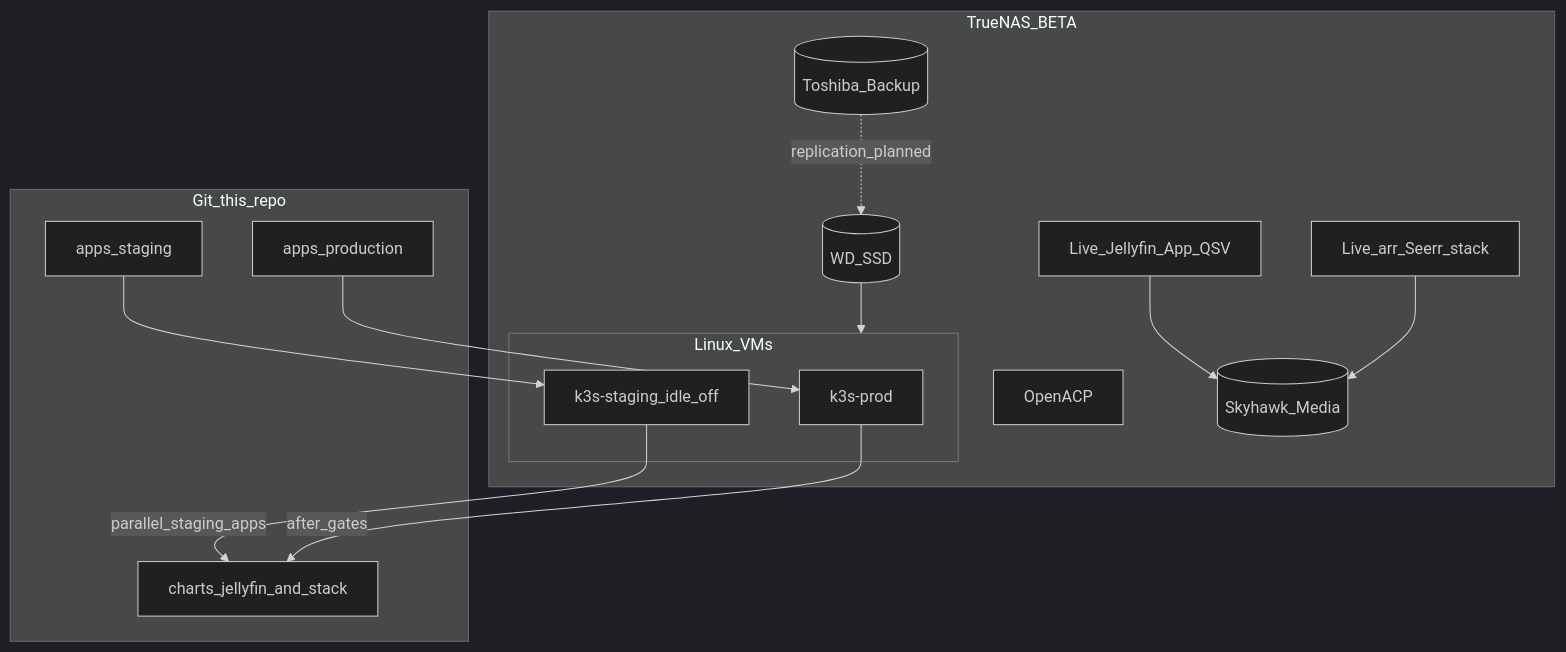
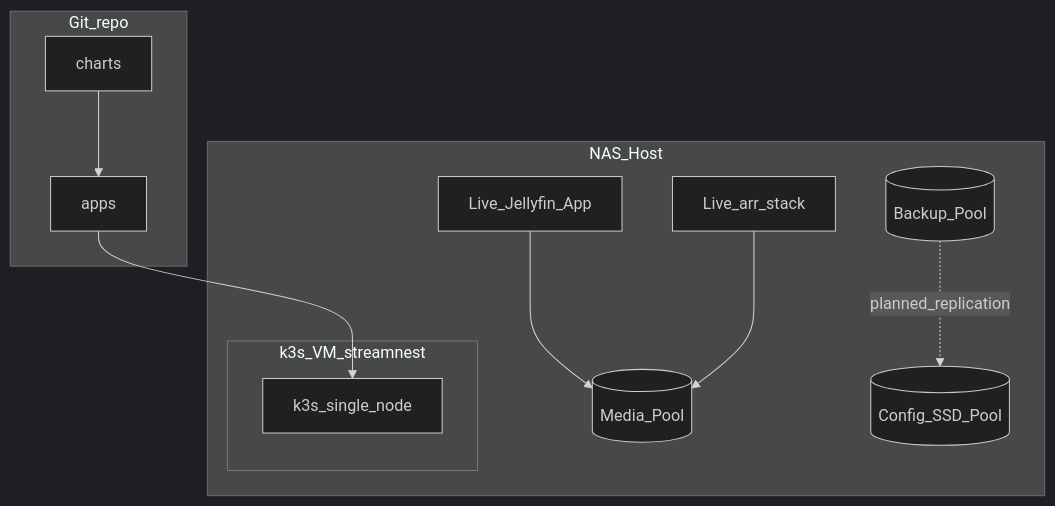
The diagram in docs/architecture/overview.md (ravikishore-m/streamnest-platform), drawn with Mermaid (dark theme) before and after one commit. The commit also changed other lines of this file and 80 other files, not shown here.

First line of the commit message:
Sanitize repo: remove personal and site-internal inventory from Git.

````diff
--- a/docs/architecture/overview.md
+++ b/docs/architecture/overview.md
@@ -9,30 +9,24 @@
 ```mermaid
 flowchart TB
-  subgraph host [TrueNAS_BETA]
-    LiveJF[Live_Jellyfin_App_QSV]
-    LiveArr[Live_arr_Seerr_stack]
-    OACP[OpenACP]
-    Media[(Skyhawk_Media)]
-    SSD[(WD_SSD)]
-    Toshiba[(Toshiba_Backup)]
-    subgraph vms [Linux_VMs]
-      ProdVM[k3s-prod]
-      StageVM[k3s-staging_idle_off]
+  subgraph host [NAS_Host]
+    LiveJF[Live_Jellyfin_App]
+    LiveArr[Live_arr_stack]
+    Media[(Media_Pool)]
+    SSD[(Config_SSD_Pool)]
+    Backup[(Backup_Pool)]
+    subgraph vm [k3s_VM_streamnest]
+      K3S[k3s_single_node]
     end
   end
 
-  subgraph gitops [Git_this_repo]
-    Charts[charts_jellyfin_and_stack]
-    AppsS[apps_staging]
-    AppsP[apps_production]
+  subgraph gitops [Git_repo]
+    Charts[charts]
+    Apps[apps]
   end
 
   LiveJF --> Media
   LiveArr --> Media
-  StageVM -->|parallel_staging_apps| Charts
-  ProdVM -->|after_gates| Charts
-  AppsS --> StageVM
-  AppsP --> ProdVM
-  SSD --> vms
-  Toshiba -.->|replication_planned| SSD
+  Apps --> K3S
+  Charts --> Apps
+  Backup -.->|planned_replication| SSD
 ```
````
